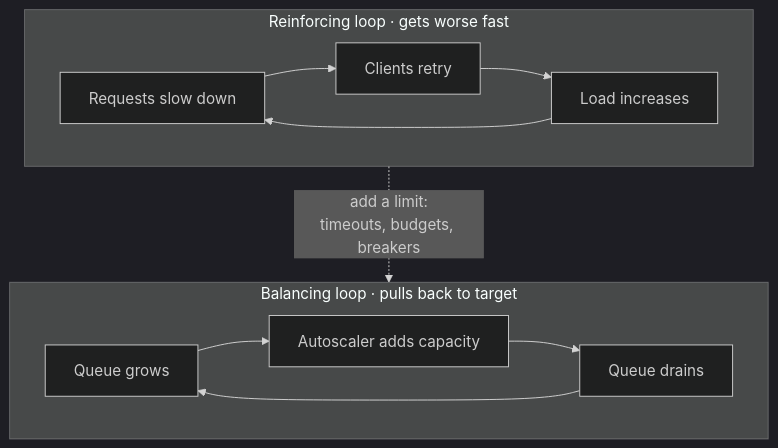
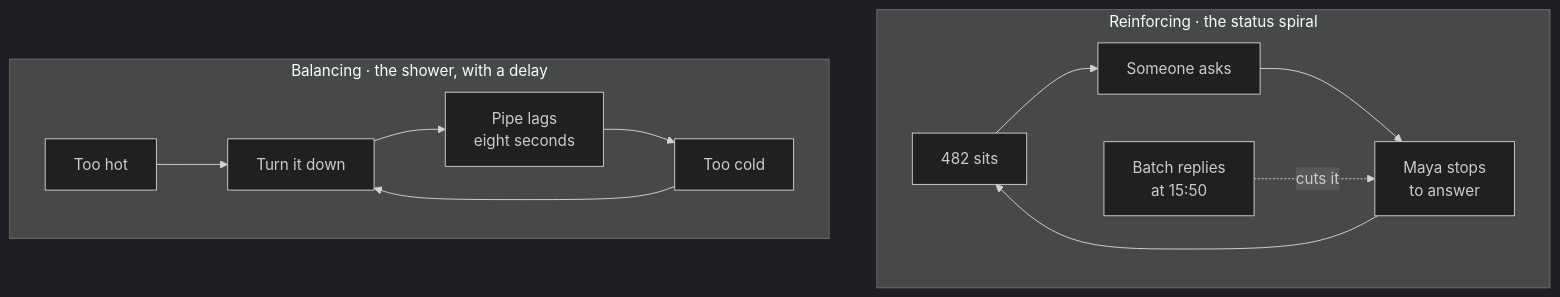
One commit to Laticent/lattice changed the third of 19 diagrams in examples/system-design-foundations.md. Above: the diagram before and after it, drawn with Mermaid (dark theme). The commit also changed other lines of this file and 2 other files, not shown here.

````diff
--- a/examples/system-design-foundations.md
+++ b/examples/system-design-foundations.md
@@ -356,16 +397,17 @@
 ```mermaid
 flowchart TB
-  subgraph rein["Reinforcing loop · gets worse fast"]
+  subgraph rein["Reinforcing · the status spiral"]
     direction LR
-    R1["Requests slow down"] --> R2["Clients retry"]
-    R2 --> R3["Load increases"]
+    R1["482 sits"] --> R2["Someone asks"]
+    R2 --> R3["Maya stops<br/>to answer"]
     R3 --> R1
+    R4["Batch replies<br/>at 15:50"] -.->|"cuts it"| R3
   end
-  subgraph bal["Balancing loop · pulls back to target"]
+  subgraph bal["Balancing · the shower, with a delay"]
     direction LR
-    B1["Queue grows"] --> B2["Autoscaler adds capacity"]
-    B2 --> B3["Queue drains"]
-    B3 --> B1
+    B1["Too hot"] --> B2["Turn it down"]
+    B2 --> B3["Pipe lags<br/>eight seconds"]
+    B3 --> B4["Too cold"]
+    B4 --> B2
   end
-  rein -.->|"add a limit:<br/>timeouts, budgets, breakers"| bal
 ```
````
